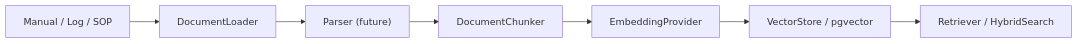
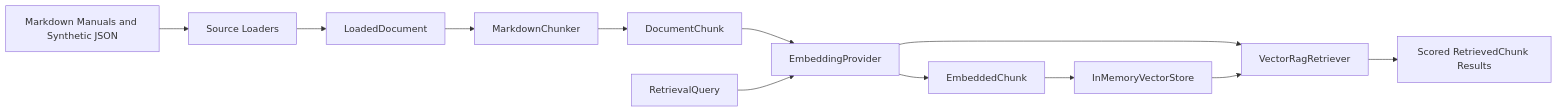
One commit to panzhao12/Industrial-AI changed the second of 2 diagrams in docs/ARCHITECTURE.md. Above: the diagram before and after it, drawn with Mermaid. The commit also changed other lines of this file and 15 other files, not shown here.

````diff
--- a/docs/ARCHITECTURE.md
+++ b/docs/ARCHITECTURE.md
@@ -51,9 +60,14 @@
 ```mermaid
 flowchart LR
-    source["Manual / Log / SOP"] --> loader["DocumentLoader"]
-    loader --> parser["Parser (future)"]
-    parser --> chunker["DocumentChunker"]
-    chunker --> embedder["EmbeddingProvider"]
-    embedder --> store["VectorStore / pgvector"]
-    store --> retriever["Retriever / HybridSearch"]
+    sources["Markdown Manuals and Synthetic JSON"] --> loaders["Source Loaders"]
+    loaders --> docs["LoadedDocument"]
+    docs --> chunker["MarkdownChunker"]
+    chunker --> chunks["DocumentChunk"]
+    chunks --> embedder["EmbeddingProvider"]
+    embedder --> embedded["EmbeddedChunk"]
+    embedded --> store["InMemoryVectorStore"]
+    query["RetrievalQuery"] --> embedder
+    embedder --> retriever["VectorRagRetriever"]
+    store --> retriever
+    retriever --> results["Scored RetrievedChunk Results"]
 ```
````
